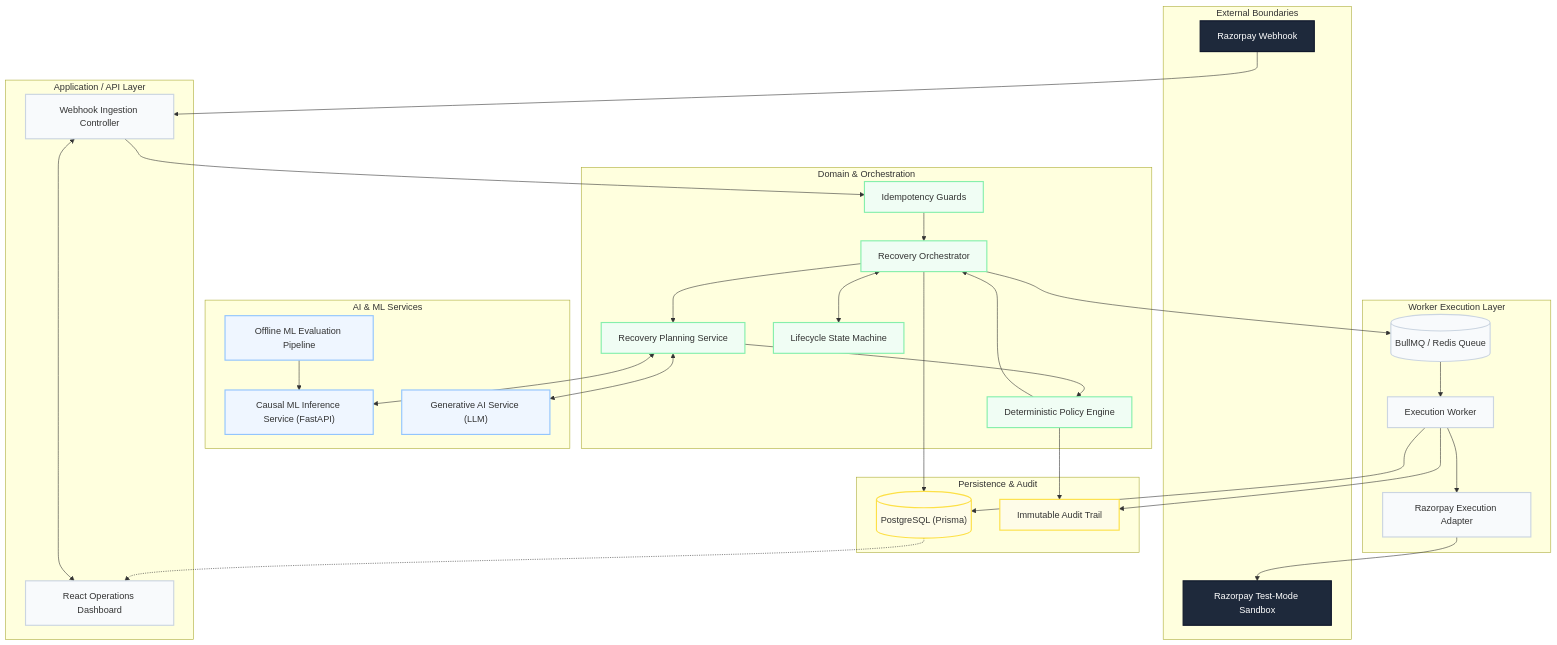
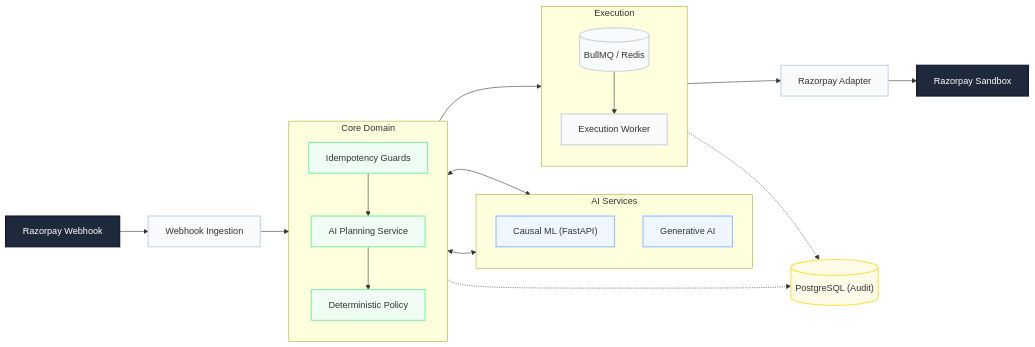
Before and after one commit to Surya-5555/FinTech-AI-05: the diagram in README.md, drawn with Mermaid.

Commit message:
docs: improve readability of mermaid architecture diagram

````diff
--- a/README.md
+++ b/README.md
@@ -20,79 +20,54 @@
 ```mermaid
-flowchart TB
-    %% Definitions
-    classDef external fill:#1e293b,stroke:#0f172a,stroke-width:2px,color:#fff
-    classDef api fill:#f8fafc,stroke:#cbd5e1,stroke-width:2px
-    classDef domain fill:#f0fdf4,stroke:#86efac,stroke-width:2px
-    classDef ai fill:#eff6ff,stroke:#93c5fd,stroke-width:2px
-    classDef data fill:#fefce8,stroke:#fde047,stroke-width:2px
+flowchart LR
+    %% Styles for visibility
+    classDef external fill:#1e293b,stroke:#0f172a,stroke-width:2px,color:#fff,font-size:16px
+    classDef api fill:#f8fafc,stroke:#cbd5e1,stroke-width:2px,font-size:16px
+    classDef domain fill:#f0fdf4,stroke:#86efac,stroke-width:2px,font-size:16px
+    classDef ai fill:#eff6ff,stroke:#93c5fd,stroke-width:2px,font-size:16px
+    classDef data fill:#fefce8,stroke:#fde047,stroke-width:2px,font-size:16px
 
-    %% Subgraphs
-    subgraph EXTERNAL ["External Boundaries"]
-        Webhook["Razorpay Webhook"]
-        Provider["Razorpay Test-Mode Sandbox"]
+    %% Nodes
+    Webhook["Razorpay Webhook"]:::external
+    Ingest["Webhook Ingestion"]:::api
+    
+    subgraph DOMAIN ["Core Domain"]
+        direction TB
+        Idempotency["Idempotency Guards"]:::domain
+        Plan["AI Planning Service"]:::domain
+        Policy["Deterministic Policy"]:::domain
     end
-    class Webhook,Provider external
 
-    subgraph API_LAYER ["Application / API Layer"]
-        Ingestion["Webhook Ingestion Controller"]
-        DashboardUI["React Operations Dashboard"]
+    subgraph AI ["AI Services"]
+        direction TB
+        ML["Causal ML (FastAPI)"]:::ai
+        LLM["Generative AI"]:::ai
     end
-    class Ingestion,DashboardUI api
 
-    subgraph DOMAIN_LAYER ["Domain & Orchestration"]
-        Orchestrator["Recovery Orchestrator"]
-        Idempotency["Idempotency Guards"]
-        Planning["Recovery Planning Service"]
-        Policy["Deterministic Policy Engine"]
-        StateMachine["Lifecycle State Machine"]
+    subgraph EXECUTION ["Execution"]
+        direction TB
+        Queue[("BullMQ / Redis")]:::api
+        Worker["Execution Worker"]:::api
     end
-    class Orchestrator,Idempotency,Planning,Policy,StateMachine domain
 
-    subgraph AI_SERVICES ["AI & ML Services"]
-        ML_FastAPI["Causal ML Inference Service (FastAPI)"]
-        LLM_Client["Generative AI Service (LLM)"]
-        Eval["Offline ML Evaluation Pipeline"]
-    end
-    class ML_FastAPI,LLM_Client,Eval ai
+    Adapter["Razorpay Adapter"]:::api
+    Provider["Razorpay Sandbox"]:::external
+    DB[("PostgreSQL (Audit)")]:::data
 
-    subgraph EXECUTION_LAYER ["Worker Execution Layer"]
-        BullMQ[("BullMQ / Redis Queue")]
-        Worker["Execution Worker"]
-        Adapter["Razorpay Execution Adapter"]
-    end
-    class BullMQ,Worker,Adapter api
-
-    subgraph PERSISTENCE ["Persistence & Audit"]
-        Postgres[("PostgreSQL (Prisma)")]
-        AuditLog["Immutable Audit Trail"]
-    end
-    class Postgres,AuditLog data
-
-    %% Connections
-    Webhook --> Ingestion
-    Ingestion --> Idempotency
-    Idempotency --> Orchestrator
+    %% Flow
+    Webhook --> Ingest
+    Ingest --> Idempotency
+    Idempotency --> Plan
     
-    Orchestrator <--> StateMachine
-    Orchestrator --> Planning
-
-    Planning <--> ML_FastAPI
-    Planning <--> LLM_Client
+    Plan <--> ML
+    Plan <--> LLM
     
-    Planning --> Policy
-    Policy --> Orchestrator
-    
-    Orchestrator --> BullMQ
-    BullMQ --> Worker
+    Plan --> Policy
+    Policy --> Queue
+    Queue --> Worker
     Worker --> Adapter
     Adapter --> Provider
     
-    Orchestrator --> Postgres
-    Worker --> Postgres
-    Policy --> AuditLog
-    Worker --> AuditLog
-    
-    Eval --> ML_FastAPI
-    DashboardUI <--> Ingestion
-    Postgres -.-> DashboardUI
+    %% Audit paths
+    Policy -.-> DB
+    Worker -.-> DB
 ```
````
